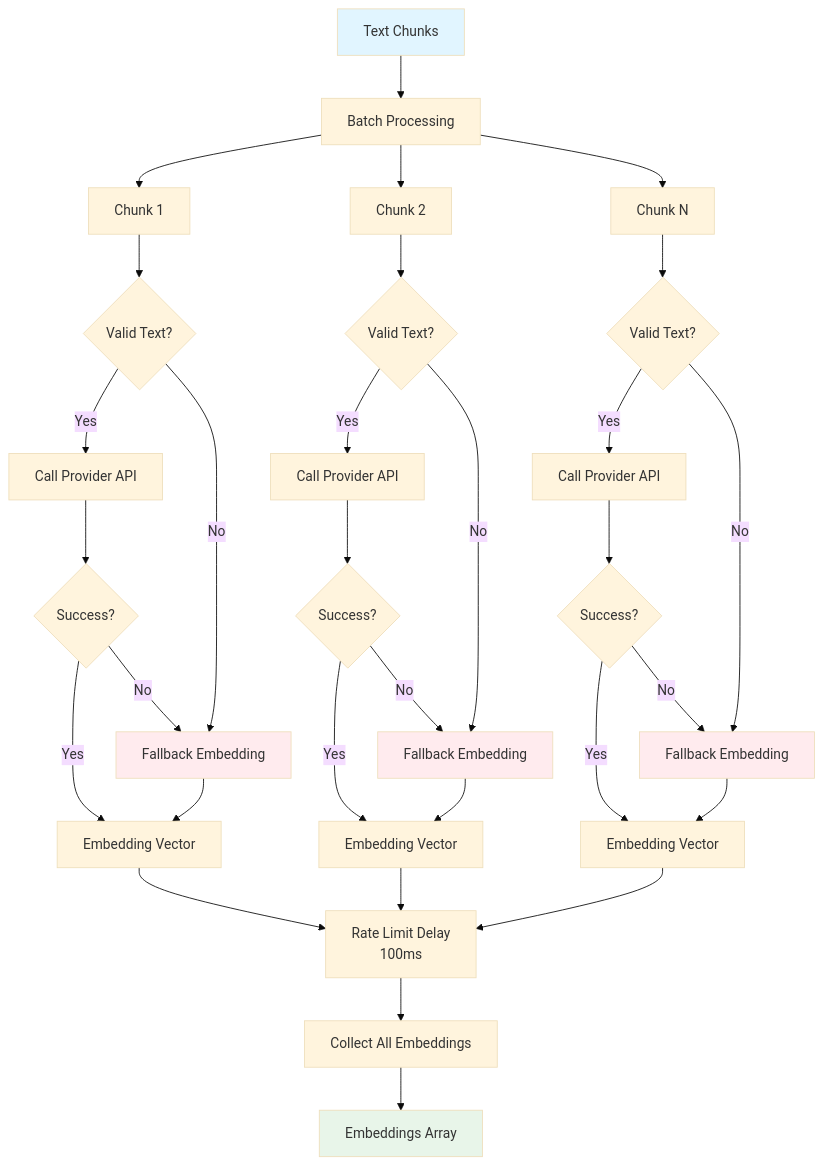
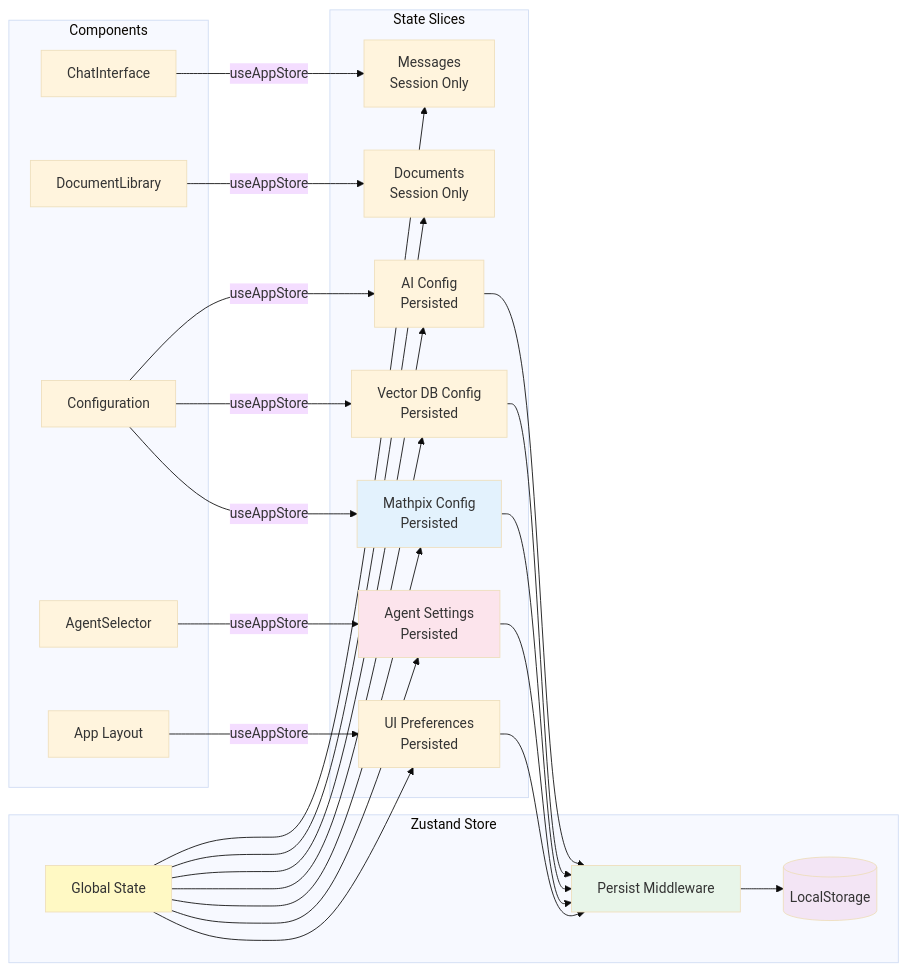
Diagram 13 of 16 in docs/ARCHITECTURE_FLOWS.md (Kedhareswer/QuantumPDF_ChatApp_VectorDB), drawn with Mermaid (base theme) before and after one commit. The commit also changed other lines of this file and 58 other files, not shown here.

````diff
--- a/docs/ARCHITECTURE_FLOWS.md
+++ b/docs/ARCHITECTURE_FLOWS.md
@@ -536,49 +698,55 @@
 ```mermaid
-graph TD
-    START[Text Chunks] --> BATCH[Batch Processing]
+graph LR
+    subgraph "Zustand Store"
+        STATE[Global State]
+        PERSIST[Persist Middleware]
+        LOCAL[(LocalStorage)]
+    end
 
-    BATCH --> CHUNK1[Chunk 1]
-    BATCH --> CHUNK2[Chunk 2]
-    BATCH --> CHUNKN[Chunk N]
+    subgraph "State Slices"
+        MSGS[Messages<br/>Session Only]
+        DOCS[Documents<br/>Session Only]
+        AI[AI Config<br/>Persisted]
+        VDB[Vector DB Config<br/>Persisted]
+        MATHPIX[Mathpix Config<br/>Persisted]
+        AGENTS[Agent Settings<br/>Persisted]
+        UI[UI Preferences<br/>Persisted]
+    end
 
-    CHUNK1 --> VALIDATE1{Valid Text?}
-    CHUNK2 --> VALIDATE2{Valid Text?}
-    CHUNKN --> VALIDATEN{Valid Text?}
+    subgraph "Components"
+        CHAT[ChatInterface]
+        LIB[DocumentLibrary]
+        CFG[Configuration]
+        APP[App Layout]
+        AGENT_UI[AgentSelector]
+    end
 
-    VALIDATE1 -->|Yes| API1[Call Provider API]
-    VALIDATE2 -->|Yes| API2[Call Provider API]
-    VALIDATEN -->|Yes| APIN[Call Provider API]
+    STATE --> MSGS
+    STATE --> DOCS
+    STATE --> AI
+    STATE --> VDB
+    STATE --> MATHPIX
+    STATE --> AGENTS
+    STATE --> UI
 
-    VALIDATE1 -->|No| FALLBACK1[Fallback Embedding]
-    VALIDATE2 -->|No| FALLBACK2[Fallback Embedding]
-    VALIDATEN -->|No| FALLBACKN[Fallback Embedding]
+    AI --> PERSIST
+    VDB --> PERSIST
+    MATHPIX --> PERSIST
+    AGENTS --> PERSIST
+    UI --> PERSIST
+    PERSIST --> LOCAL
 
-    API1 --> SUCCESS1{Success?}
-    API2 --> SUCCESS2{Success?}
-    APIN --> SUCCESSN{Success?}
+    CHAT -->|useAppStore| MSGS
+    LIB -->|useAppStore| DOCS
+    CFG -->|useAppStore| AI
+    CFG -->|useAppStore| VDB
+    CFG -->|useAppStore| MATHPIX
+    APP -->|useAppStore| UI
+    AGENT_UI -->|useAppStore| AGENTS
 
-    SUCCESS1 -->|Yes| EMB1[Embedding Vector]
-    SUCCESS2 -->|Yes| EMB2[Embedding Vector]
-    SUCCESSN -->|Yes| EMBN[Embedding Vector]
-
-    SUCCESS1 -->|No| FALLBACK1
-    SUCCESS2 -->|No| FALLBACK2
-    SUCCESSN -->|No| FALLBACKN
-
-    FALLBACK1 --> EMB1
-    FALLBACK2 --> EMB2
-    FALLBACKN --> EMBN
-
-    EMB1 --> RATE[Rate Limit Delay<br/>100ms]
-    EMB2 --> RATE
-    EMBN --> RATE
-
-    RATE --> COLLECT[Collect All Embeddings]
-    COLLECT --> OUTPUT[Embeddings Array]
-
-    style START fill:#e1f5ff
-    style OUTPUT fill:#e8f5e9
-    style FALLBACK1 fill:#ffebee
-    style FALLBACK2 fill:#ffebee
-    style FALLBACKN fill:#ffebee
+    style STATE fill:#fff9c4
+    style PERSIST fill:#e8f5e9
+    style LOCAL fill:#f3e5f5
+    style MATHPIX fill:#e3f2fd
+    style AGENTS fill:#fce4ec
 ```
````
